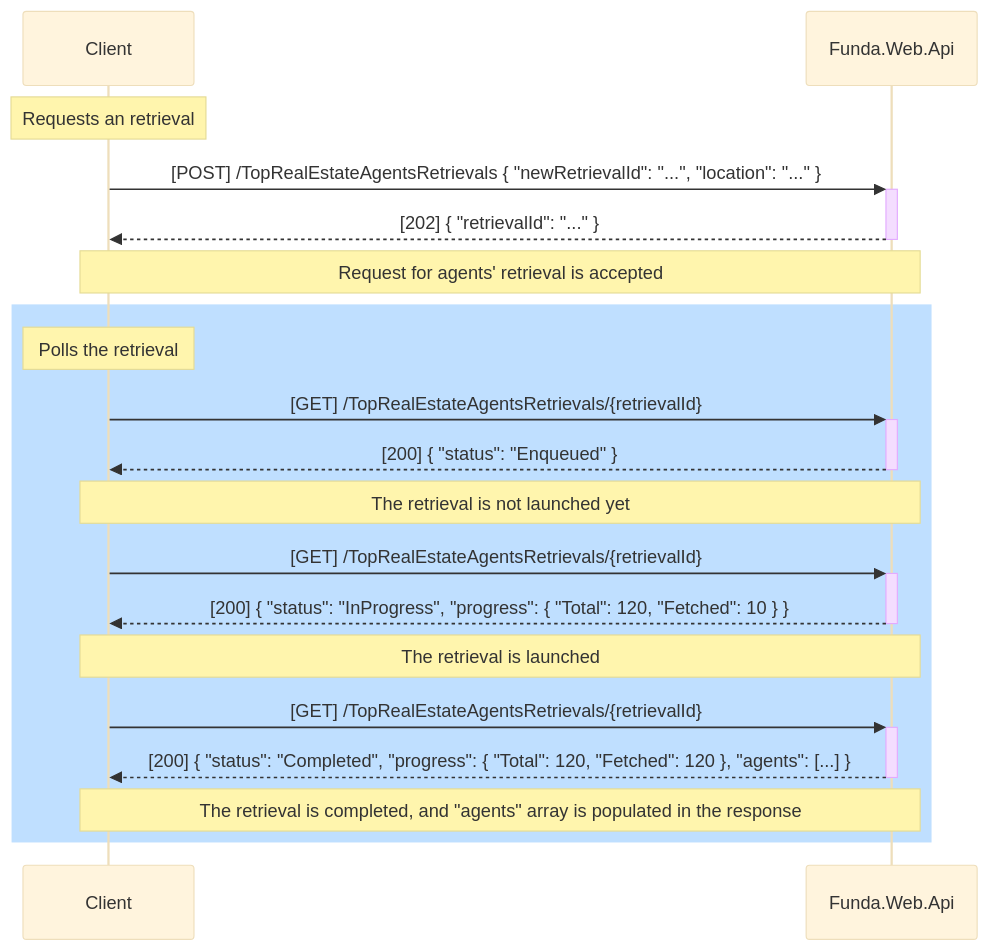
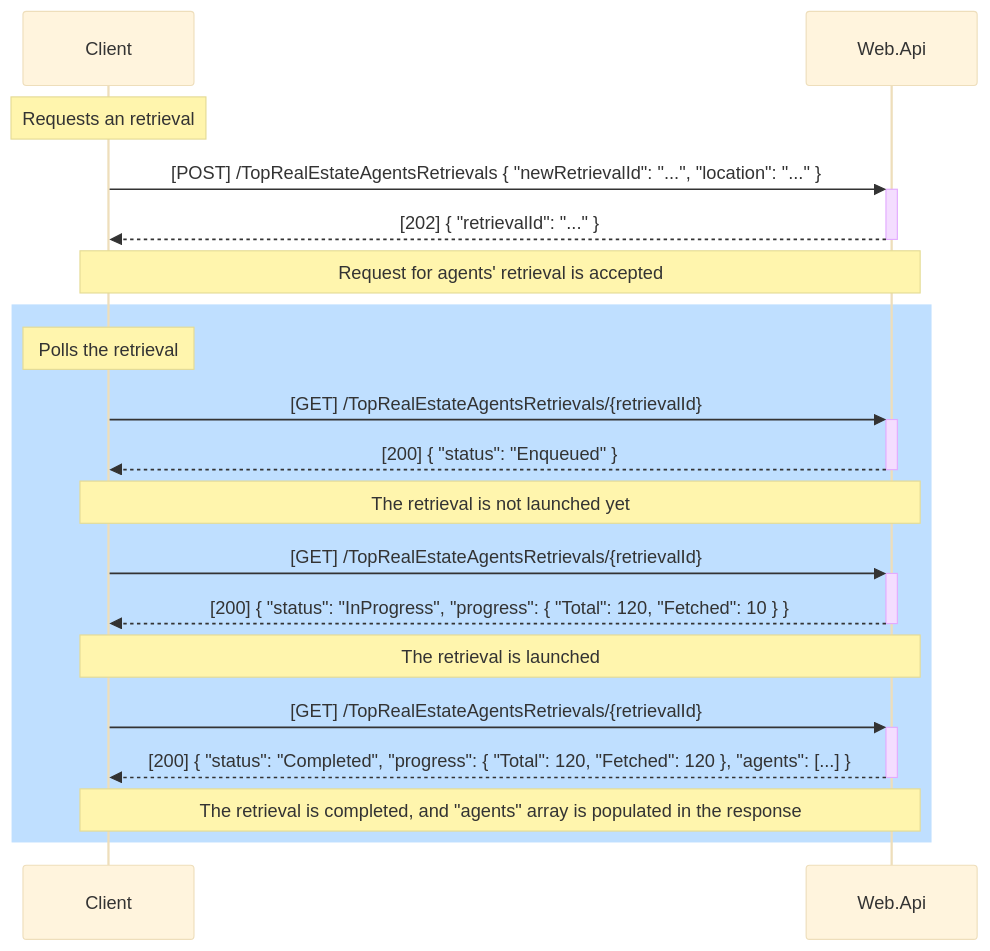
One commit to AVykhrystyuk/funda changed the first of 2 diagrams in README.md. Above: the diagram before and after it, drawn with Mermaid (base theme). The commit also changed other lines of this file, not shown here.

Commit message:
Update README.md
Fix diagrams by making project names shorter

````diff
--- a/README.md
+++ b/README.md
@@ -28,24 +28,24 @@
 ```mermaid
 %% This diagram needs to be rendered, for example, GitHub renders it by default.
 sequenceDiagram
     Note over Client: Requests an retrieval
-    Client->>+Funda.Web.Api: [POST] /TopRealEstateAgentsRetrievals { "newRetrievalId": "...", "location": "..." }
-    Funda.Web.Api-->>-Client: [202] { "retrievalId": "..." }
-    Note over Client,Funda.Web.Api: Request for agents' retrieval is accepted
+    Client->>+Web.Api: [POST] /TopRealEstateAgentsRetrievals { "newRetrievalId": "...", "location": "..." }
+    Web.Api-->>-Client: [202] { "retrievalId": "..." }
+    Note over Client,Web.Api: Request for agents' retrieval is accepted
     
     rect rgb(191, 223, 255)
     
     Note over Client: Polls the retrieval
-    Client->>+Funda.Web.Api: [GET] /TopRealEstateAgentsRetrievals/{retrievalId}
-    Funda.Web.Api-->>-Client: [200] { "status": "Enqueued" }
-    Note over Client,Funda.Web.Api: The retrieval is not launched yet
+    Client->>+Web.Api: [GET] /TopRealEstateAgentsRetrievals/{retrievalId}
+    Web.Api-->>-Client: [200] { "status": "Enqueued" }
+    Note over Client,Web.Api: The retrieval is not launched yet
         
-    Client->>+Funda.Web.Api: [GET] /TopRealEstateAgentsRetrievals/{retrievalId}
-    Funda.Web.Api-->>-Client: [200] { "status": "InProgress", "progress": { "Total": 120, "Fetched": 10 } }
-    Note over Client,Funda.Web.Api: The retrieval is launched
+    Client->>+Web.Api: [GET] /TopRealEstateAgentsRetrievals/{retrievalId}
+    Web.Api-->>-Client: [200] { "status": "InProgress", "progress": { "Total": 120, "Fetched": 10 } }
+    Note over Client,Web.Api: The retrieval is launched
     
-    Client->>+Funda.Web.Api: [GET] /TopRealEstateAgentsRetrievals/{retrievalId}
-    Funda.Web.Api-->>-Client: [200] { "status": "Completed", "progress": { "Total": 120, "Fetched": 120 }, "agents": [...] }
-    Note over Client,Funda.Web.Api: The retrieval is completed, and "agents" array is populated in the response
+    Client->>+Web.Api: [GET] /TopRealEstateAgentsRetrievals/{retrievalId}
+    Web.Api-->>-Client: [200] { "status": "Completed", "progress": { "Total": 120, "Fetched": 120 }, "agents": [...] }
+    Note over Client,Web.Api: The retrieval is completed, and "agents" array is populated in the response
     end
 ```
````
